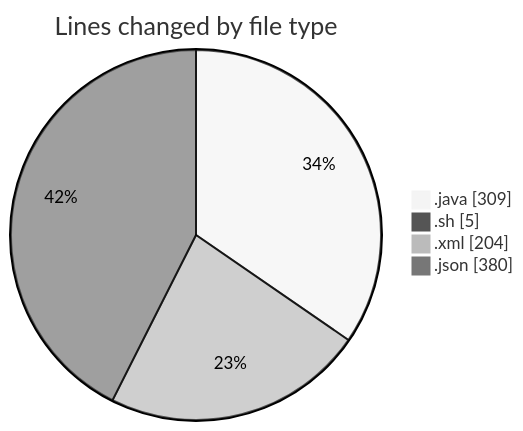
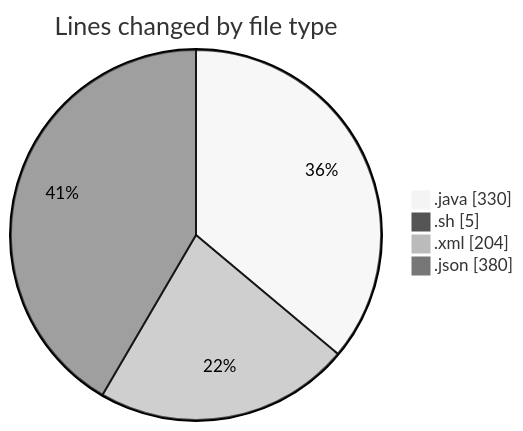
Before and after one commit to charlie-sans/code-tracking: the first of 2 diagrams in 2025-02-19/micros/README.md, drawn with Mermaid (neutral theme). The commit also changed other lines of this file and 1 other file, not shown here.

````diff
--- a/2025-02-19/micros/README.md
+++ b/2025-02-19/micros/README.md
@@ -26,8 +26,8 @@
 ```mermaid
 pie showData
 title Lines changed by file type
-".java" : 309
+".java" : 330
 ".sh" : 5
 ".xml" : 204
 ".json" : 380
 ```
````
